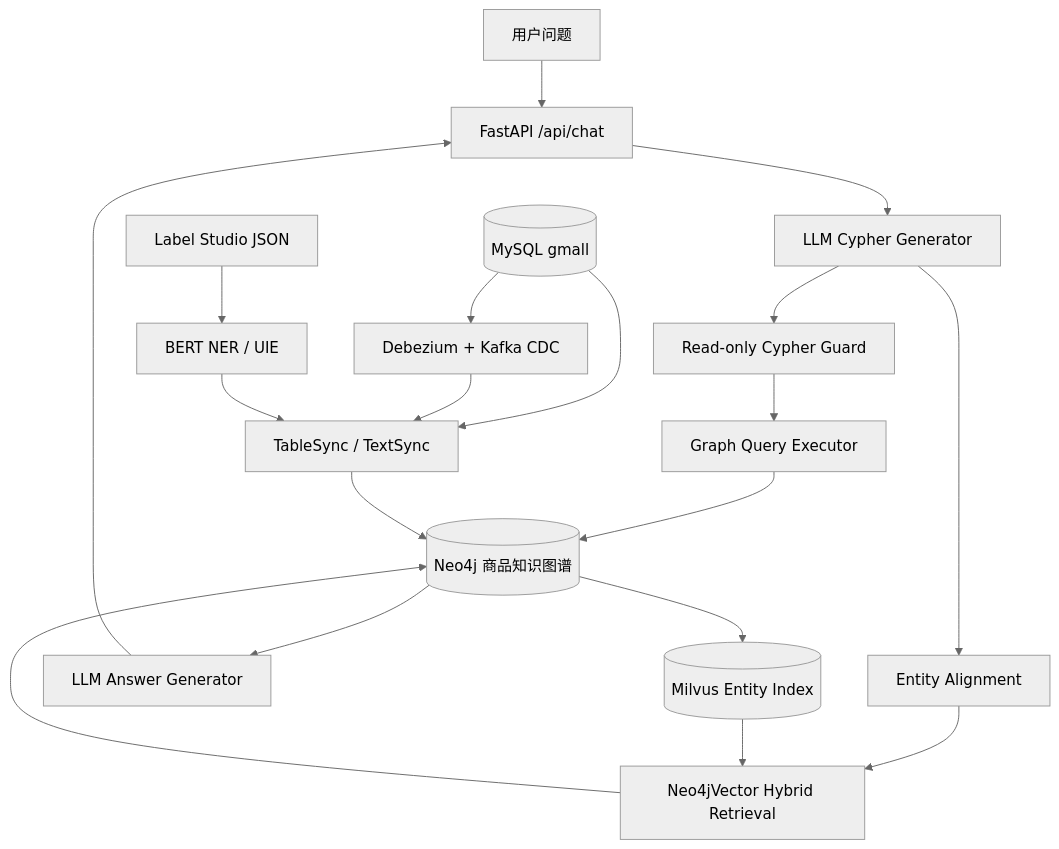
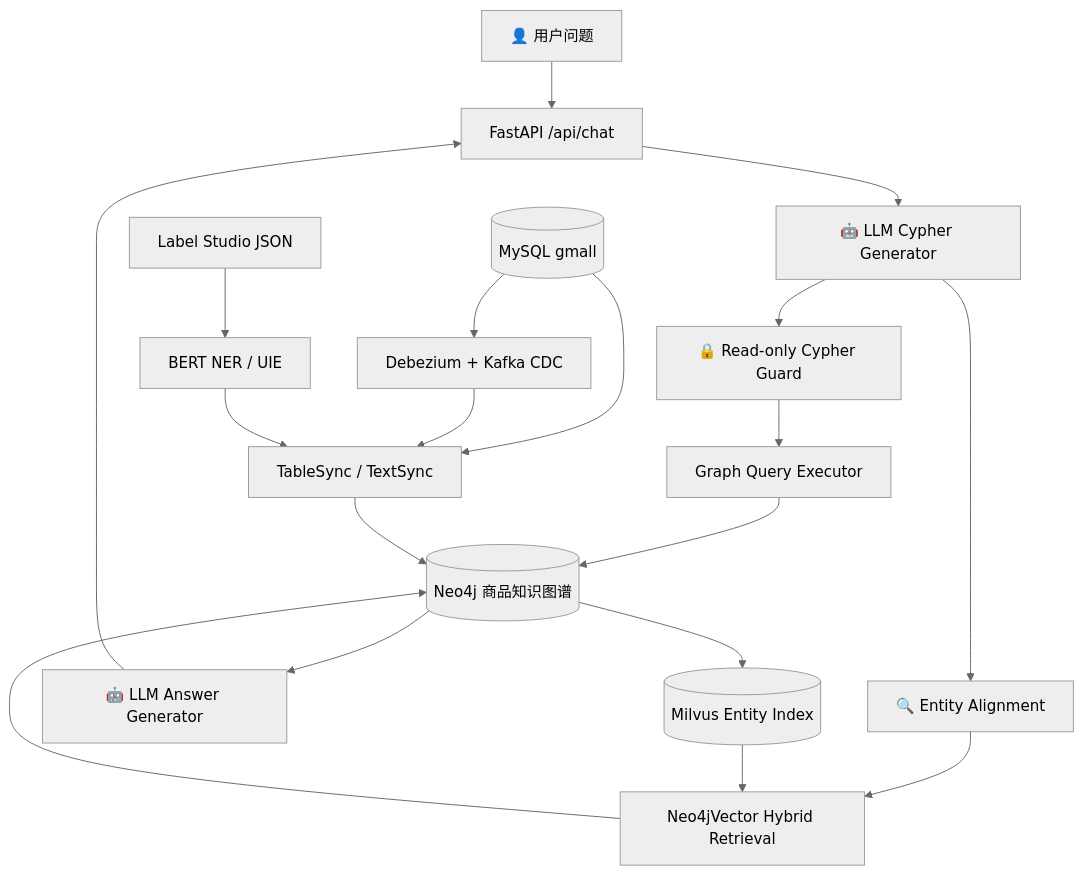
One commit to XiaoFeiCode/graph_rag changed the diagram in README.md. Above: the diagram before and after it, drawn with Mermaid (neutral theme). The commit also changed other lines of this file and 1 other file, not shown here.

````diff
--- a/README.md
+++ b/README.md
@@ -43,22 +81,22 @@
 ```mermaid
 flowchart TB
-    User[用户问题] --> API[FastAPI /api/chat]
-    API --> Generator[LLM Cypher Generator]
-    Generator --> Guard[Read-only Cypher Guard]
-    Generator --> Entity[Entity Alignment]
+    User[👤 用户问题] --> API[FastAPI /api/chat]
+    API --> Generator[🤖 LLM Cypher Generator]
+    Generator --> Guard[🔒 Read-only Cypher Guard]
+    Generator --> Entity[🔍 Entity Alignment]
     Entity --> Hybrid[Neo4jVector Hybrid Retrieval]
     Hybrid --> Graph[(Neo4j 商品知识图谱)]
     Guard --> Executor[Graph Query Executor]
     Executor --> Graph
-    Graph --> Answer[LLM Answer Generator]
+    Graph --> Answer[🤖 LLM Answer Generator]
     Answer --> API
 
     MySQL[(MySQL gmall)] --> Sync[TableSync / TextSync]
     MySQL --> CDC[Debezium + Kafka CDC]
     CDC --> Sync
     Label[Label Studio JSON] --> NER[BERT NER / UIE]
     NER --> Sync
     Sync --> Graph
     Graph --> Milvus[(Milvus Entity Index)]
     Milvus --> Hybrid
 ```
````
